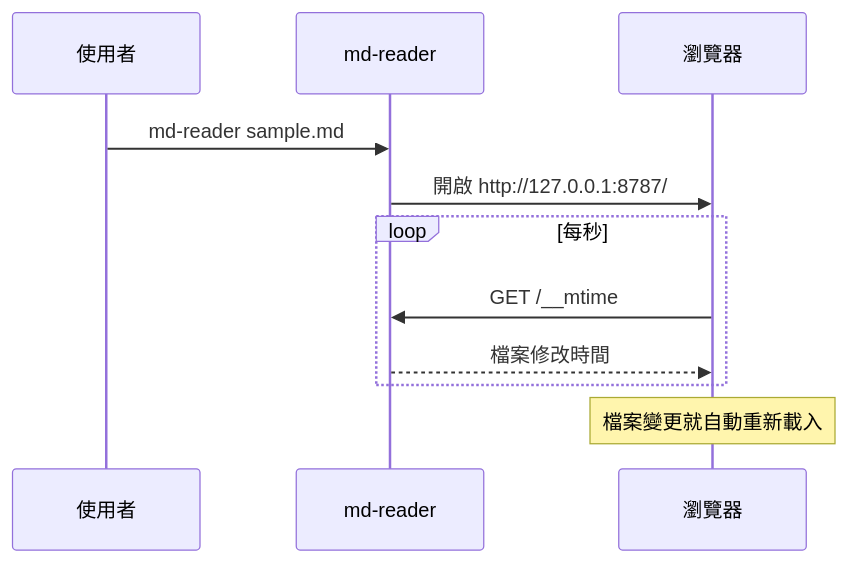
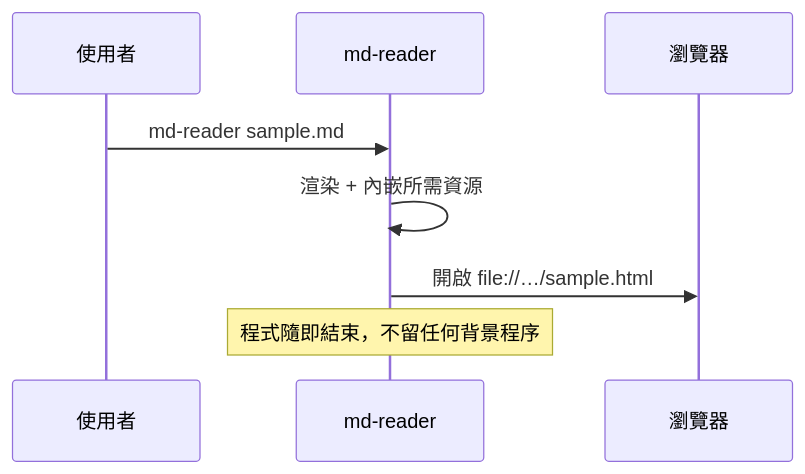
Before and after one commit to sean9112/md-reader: the second of 2 diagrams in sample.md, drawn with Mermaid. The commit also changed other lines of this file and 7 other files, not shown here.

````diff
--- a/sample.md
+++ b/sample.md
@@ -59,13 +60,10 @@
 ```mermaid
 sequenceDiagram
     participant U as 使用者
-    participant S as md-reader
+    participant R as md-reader
     participant B as 瀏覽器
-    U->>S: md-reader sample.md
-    S->>B: 開啟 http://127.0.0.1:8787/
-    loop 每秒
-        B->>S: GET /__mtime
-        S-->>B: 檔案修改時間
-    end
-    Note over B: 檔案變更就自動重新載入
+    U->>R: md-reader sample.md
+    R->>R: 渲染 + 內嵌所需資源
+    R->>B: 開啟 file://…/sample.html
+    Note over R: 程式隨即結束，不留任何背景程序
 ```
````
